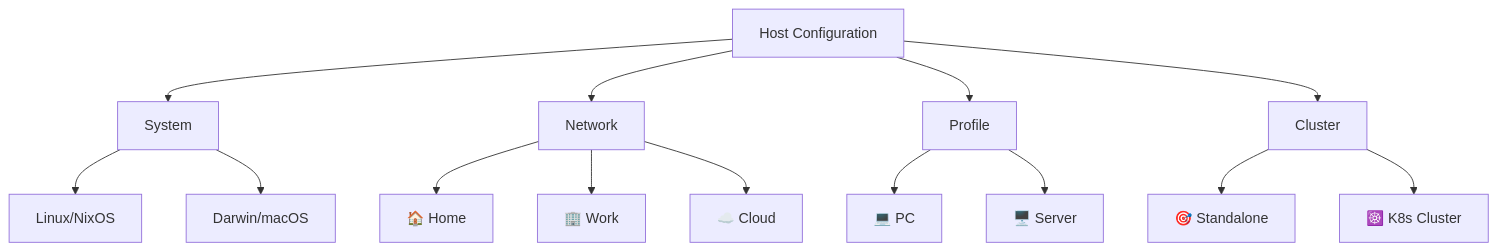
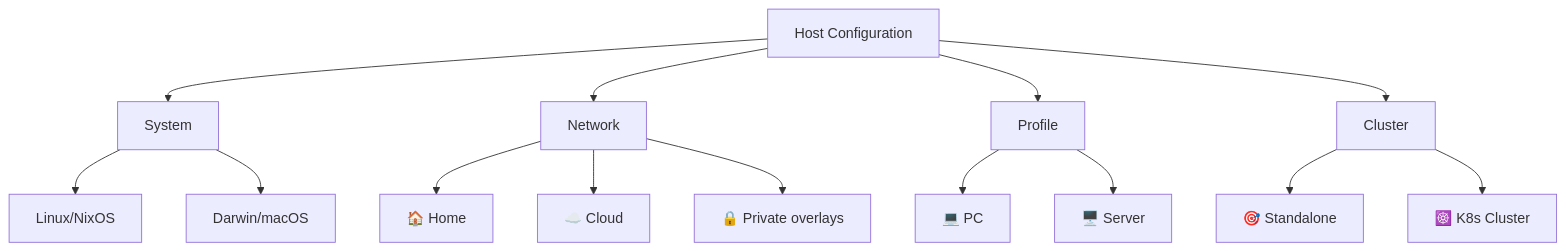
Before and after one commit to M-Gregoire/infrastructure: the diagram in README.md, drawn with Mermaid. The commit also changed other lines of this file and 25 other files, not shown here.

````diff
--- a/README.md
+++ b/README.md
@@ -42,20 +42,20 @@
 ```mermaid
 graph TD
     A[Host Configuration] --> B[System]
     A --> C[Network]  
     A --> D[Profile]
     A --> E[Cluster]
     
     B --> B1[Linux/NixOS]
     B --> B2[Darwin/macOS]
     
     C --> C1[🏠 Home]
-    C --> C2[🏢 Work] 
-    C --> C3[☁️ Cloud]
+    C --> C2[☁️ Cloud]
+    C --> C3[🔒 Private overlays]
     
     D --> D1[💻 PC]
     D --> D2[🖥️ Server]
     
     E --> E1[🎯 Standalone]
     E --> E2[☸️ K8s Cluster]
 ```
````
